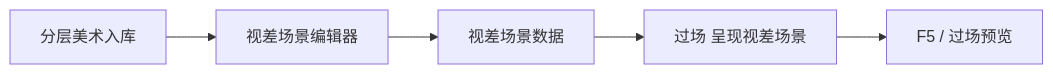
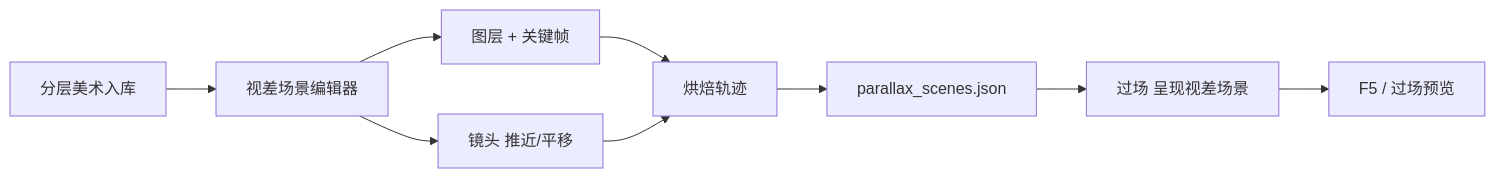
The diagram in docs/editors/render-domain/parallax-editor.md (wubugui/GDoc), drawn with Mermaid before and after one commit. The commit also changed other lines of this file and 112 other files, not shown here.

````diff
--- a/docs/editors/render-domain/parallax-editor.md
+++ b/docs/editors/render-domain/parallax-editor.md
@@ -89,7 +35,11 @@
 ```mermaid
 flowchart LR
   ART[分层美术入库] --> PX[视差场景编辑器]
-  PX --> DATA[视差场景数据]
+  PX --> LAYER[图层 + 关键帧]
+  PX --> CAM[镜头 推近/平移]
+  LAYER --> BAKE[烘焙轨迹]
+  CAM --> BAKE
+  BAKE --> DATA[parallax_scenes.json]
   DATA --> CS[过场 呈现视差场景]
   CS --> PV[F5 / 过场预览]
 ```
````
